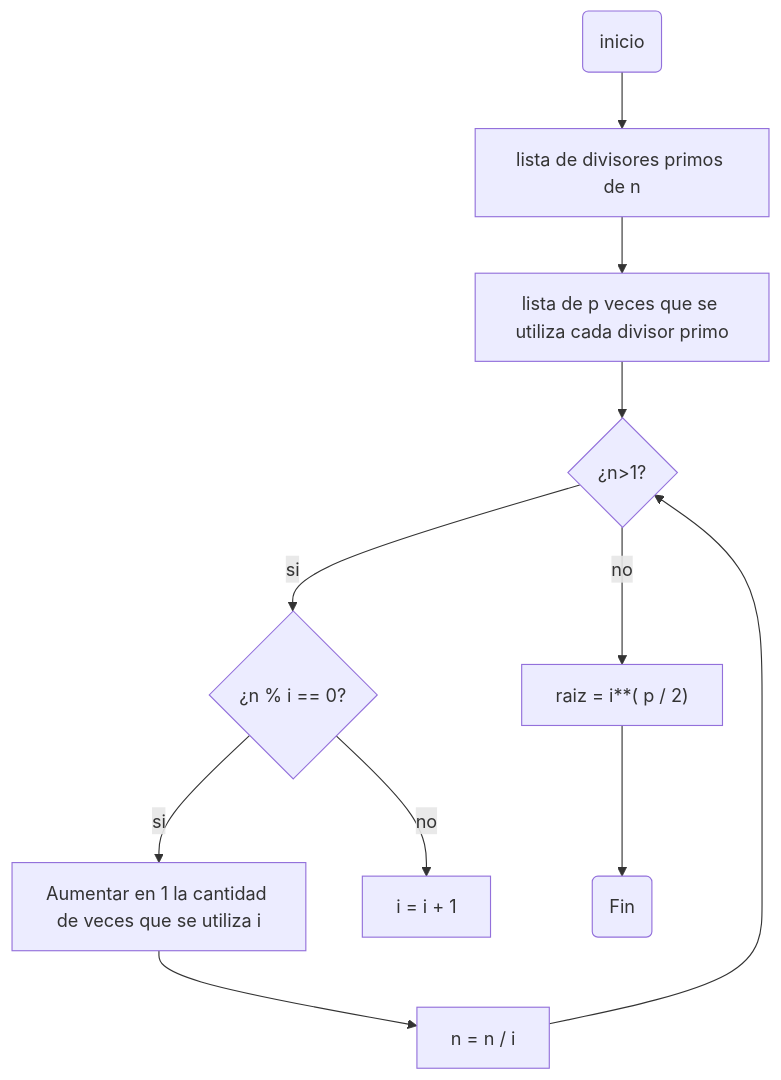
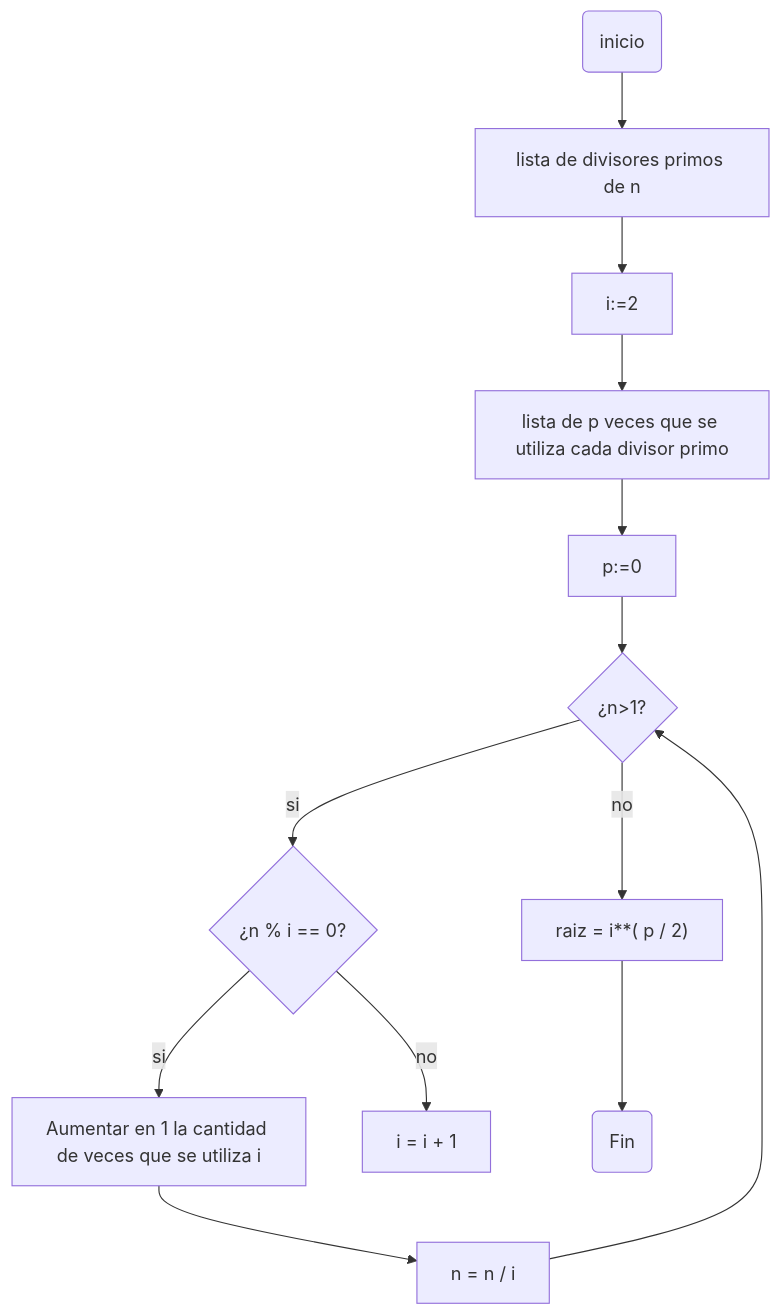
Before and after one commit to SebastianCespedes12/Repo_2: the second of 2 diagrams in README.md, drawn with Mermaid. The commit also changed other lines of this file, not shown here.

````diff
--- a/README.md
+++ b/README.md
@@ -62,13 +64,15 @@
 ```mermaid
 flowchart TD
 A(inicio)-->B[lista de divisores primos de n]
-B-->C[lista de p veces que se utiliza cada divisor primo]
-C-->D{¿n>1?}
+B-->L[i:=2]
+L-->C[lista de p veces que se utiliza cada divisor primo]
+C-->M[p:=0]
+M-->D{¿n>1?}
 D-->|si|E{¿n % i == 0?}
 E-->|si|F[Aumentar en 1 la cantidad de veces que se utiliza i]
 F-->G[n = n / i]
 G-->D
 E-->|no|H[i = i + 1]
 D-->|no|I["raiz = i**( p / 2)"]
 I-->J(Fin)
 ```
````
